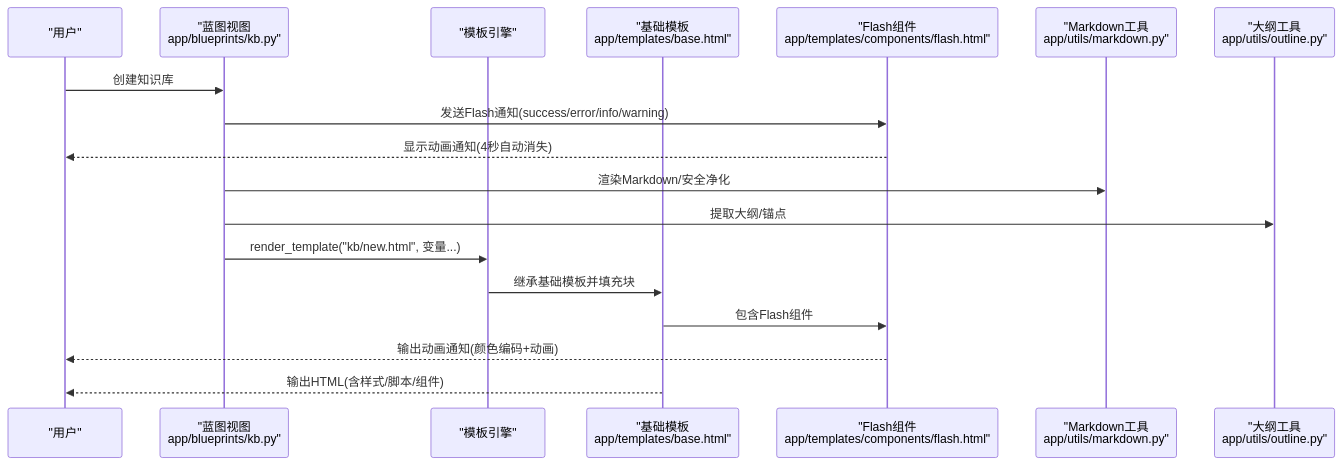
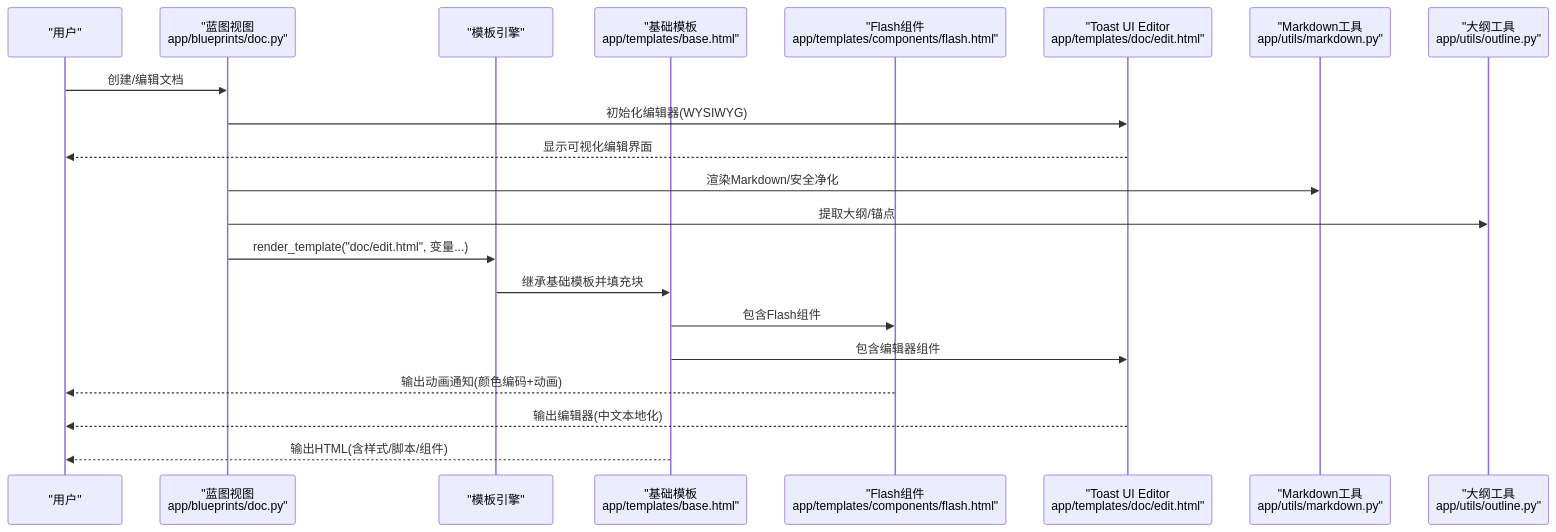
One commit to beyondalbert/my_wiki changed the second of 10 diagrams in .qoder/repowiki/zh/content/前端模板系统.md. Above: the diagram before and after it, drawn with Mermaid. The commit also changed other lines of this file and 9 other files, not shown here.

````diff
--- a/.qoder/repowiki/zh/content/前端模板系统.md
+++ b/.qoder/repowiki/zh/content/前端模板系统.md
@@ -126,20 +141,23 @@
 ```mermaid
 sequenceDiagram
 participant U as "用户"
-participant BP as "蓝图视图<br/>app/blueprints/kb.py"
+participant BP as "蓝图视图<br/>app/blueprints/doc.py"
 participant T as "模板引擎"
 participant B as "基础模板<br/>app/templates/base.html"
 participant F as "Flash组件<br/>app/templates/components/flash.html"
+participant ED as "Toast UI Editor<br/>app/templates/doc/edit.html"
 participant MD as "Markdown工具<br/>app/utils/markdown.py"
 participant OL as "大纲工具<br/>app/utils/outline.py"
-U->>BP : 创建知识库
-BP->>F : 发送Flash通知(success/error/info/warning)
-F-->>U : 显示动画通知(4秒自动消失)
+U->>BP : 创建/编辑文档
+BP->>ED : 初始化编辑器(WYSIWYG)
+ED-->>U : 显示可视化编辑界面
 BP->>MD : 渲染Markdown/安全净化
 BP->>OL : 提取大纲/锚点
-BP->>T : render_template("kb/new.html", 变量...)
+BP->>T : render_template("doc/edit.html", 变量...)
 T->>B : 继承基础模板并填充块
 B->>F : 包含Flash组件
+B->>ED : 包含编辑器组件
 F-->>U : 输出动画通知(颜色编码+动画)
+ED-->>U : 输出编辑器(中文本地化)
 B-->>U : 输出HTML(含样式/脚本/组件)
 ```
````
